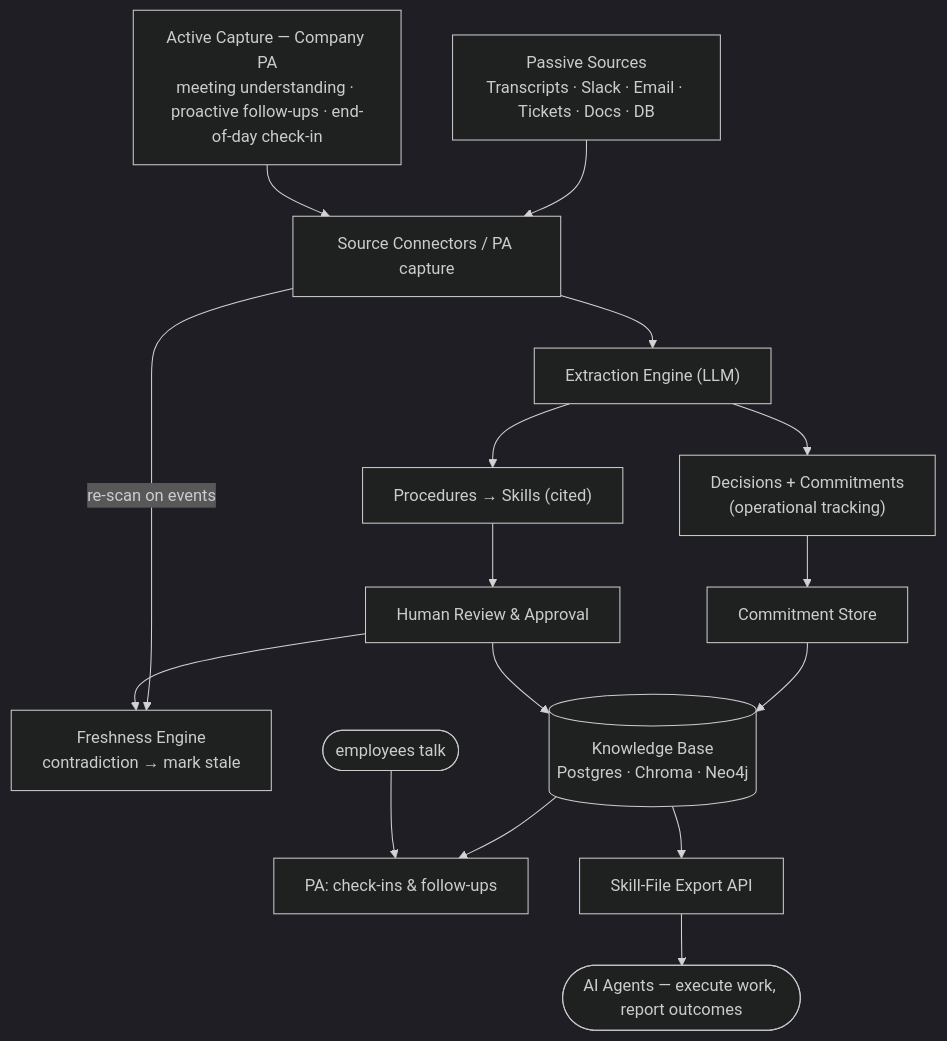
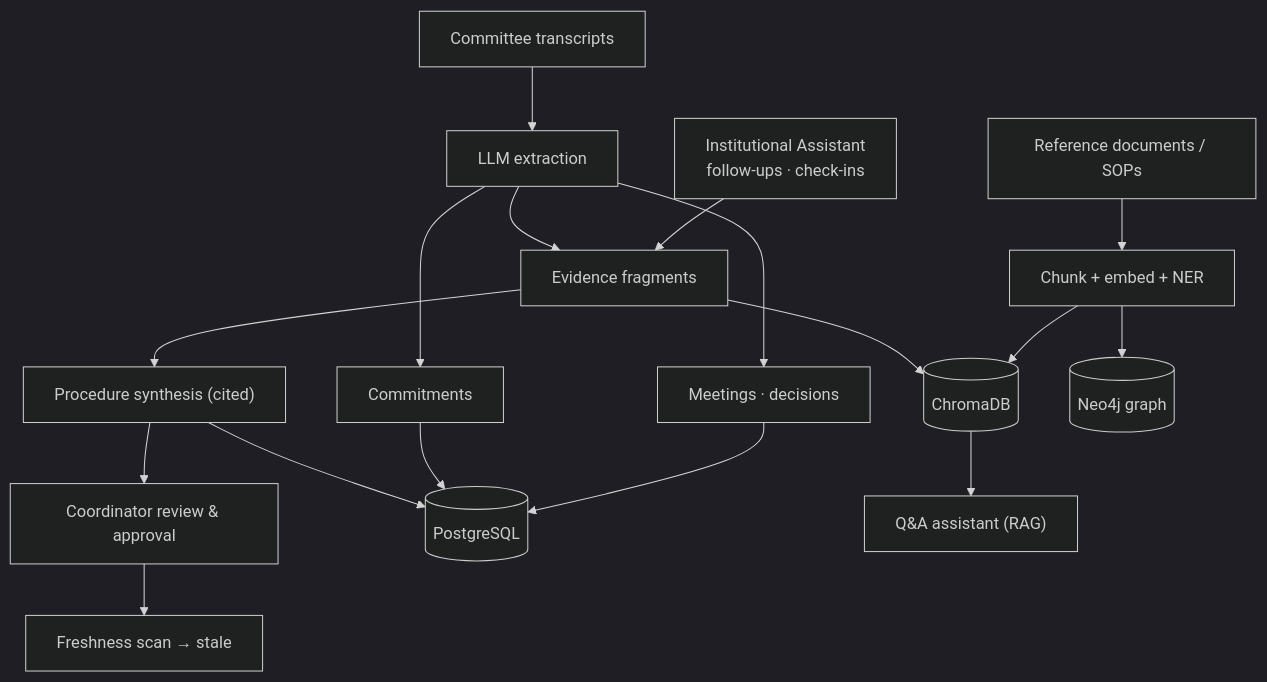
The diagram in README.md (Vivan-23/DJSCE-Institutional-Brain), drawn with Mermaid (dark theme) before and after one commit. The commit also changed other lines of this file and 179 other files, not shown here.

````diff
--- a/README.md
+++ b/README.md
@@ -33,33 +51,17 @@
 ```mermaid
 flowchart TD
-    PS["Passive Sources<br/>Transcripts · Slack · Email · Tickets · Docs · DB"]
-    AC["Active Capture — Company PA<br/>meeting understanding · proactive follow-ups · end-of-day check-in"]
-    SC["Source Connectors / PA capture"]
-    EE["Extraction Engine (LLM)"]
-    DC["Decisions + Commitments<br/>(operational tracking)"]
-    PR["Procedures → Skills (cited)"]
-    FE["Freshness Engine<br/>contradiction → mark stale"]
-    CS["Commitment Store"]
-    HRA["Human Review & Approval"]
-    KB[("Knowledge Base<br/>Postgres · Chroma · Neo4j")]
-    PA["PA: check-ins & follow-ups"]
-    SX["Skill-File Export API"]
-    EMP(["employees talk"])
-    AGT(["AI Agents — execute work, report outcomes"])
-
-    PS --> SC
-    AC --> SC
-    SC --> EE
-    SC -->|re-scan on events| FE
-    EE --> DC
-    EE --> PR
-    DC --> CS
-    PR --> HRA
-    HRA --> FE
-    CS --> KB
-    HRA --> KB
-    KB --> PA
-    KB --> SX
-    EMP --> PA
-    SX --> AGT
+    T["Committee transcripts"] --> X["LLM extraction"]
+    D["Reference documents / SOPs"] --> P["Chunk + embed + NER"]
+    PA["Institutional Assistant<br/>follow-ups · check-ins"] --> F
+    X --> M["Meetings · decisions"]
+    X --> C["Commitments"]
+    X --> F["Evidence fragments"]
+    F --> S["Procedure synthesis (cited)"]
+    S --> R["Coordinator review & approval"]
+    R --> FR["Freshness scan → stale"]
+    P --> V[("ChromaDB")]
+    F --> V
+    P --> G[("Neo4j graph")]
+    M & C & S --> PG[("PostgreSQL")]
+    V --> Q["Q&A assistant (RAG)"]
 ```
````
